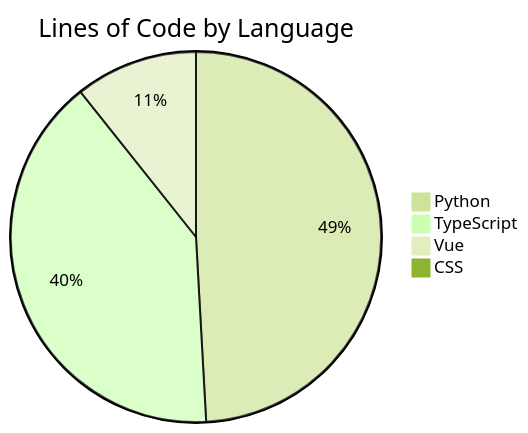
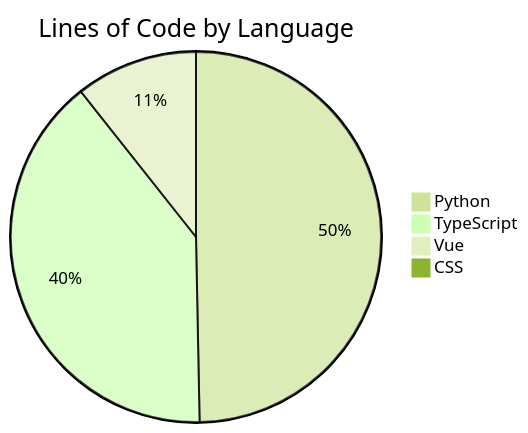
The diagram in README.md (ISW-stack/AI3L-Community), drawn with Mermaid (forest theme) before and after one commit. The commit also changed other lines of this file and 1 other file, not shown here.

````diff
--- a/README.md
+++ b/README.md
@@ -368,7 +368,7 @@
 ```mermaid
 pie title Lines of Code by Language
-    "Python" : 107826
-    "TypeScript" : 88184
-    "Vue" : 23488
+    "Python" : 111765
+    "TypeScript" : 89185
+    "Vue" : 23981
     "CSS" : 127
 ```
````
